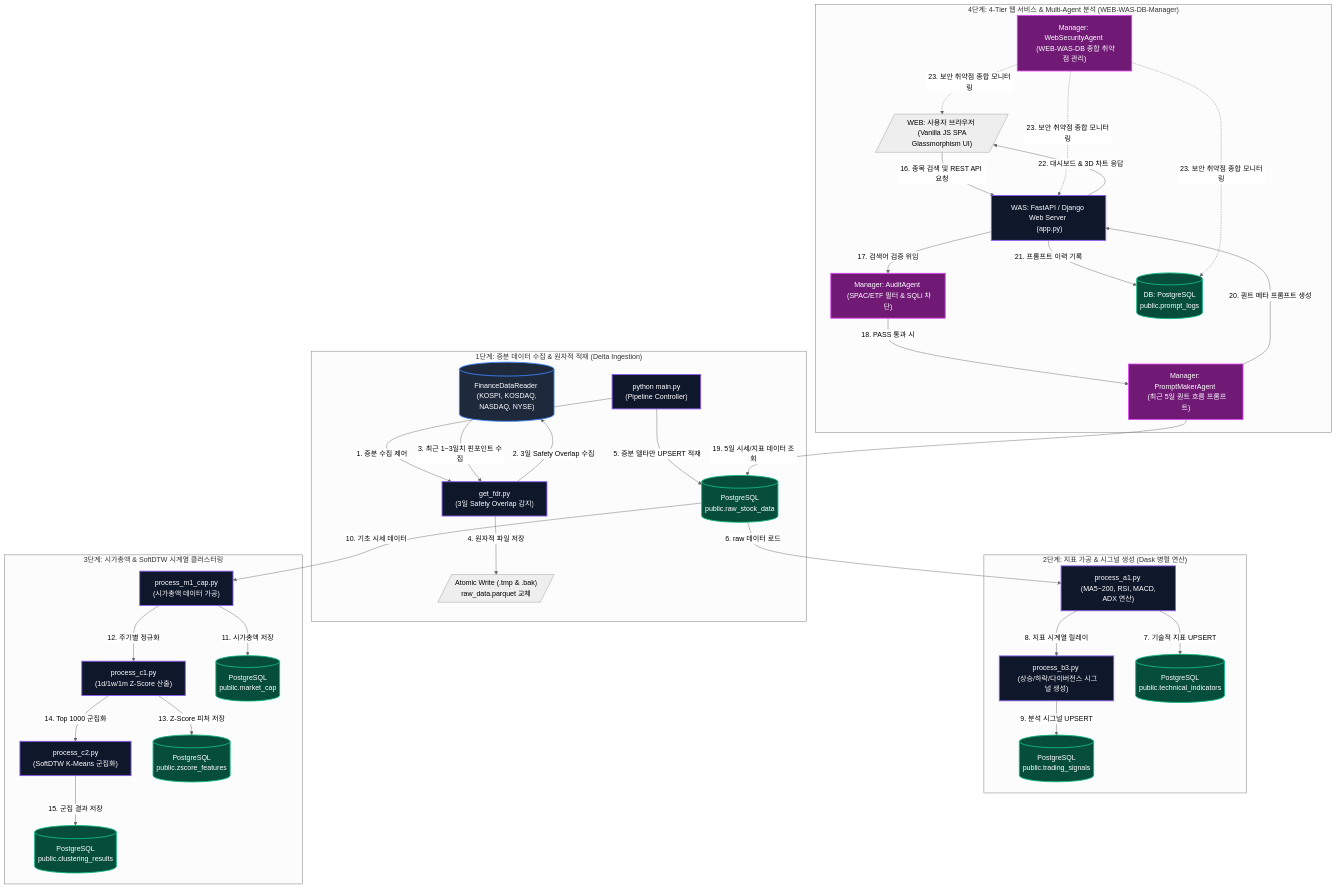
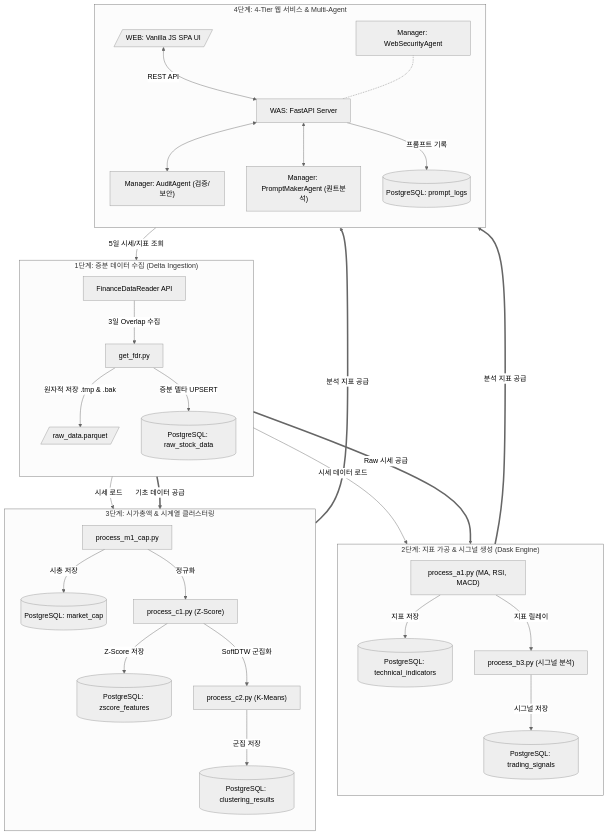
One commit to hugingstar/ggeolmu changed the first of 2 diagrams in README.md. Above: the diagram before and after it, drawn with Mermaid (neutral theme). The commit also changed other lines of this file, not shown here.

Commit message:
docs: README.md 머메이드 파이프라인 흐름도 및 ERD 다이어그램 레이아웃/가독성 최적화

````diff
--- a/README.md
+++ b/README.md
@@ -14,80 +14,46 @@
 ```mermaid
 flowchart TD
-    %% 스타일 정의
-    classDef source fill:#1e293b,stroke:#3b82f6,stroke-width:2px,color:#fff;
-    classDef process fill:#0f172a,stroke:#8b5cf6,stroke-width:2px,color:#fff;
-    classDef storage fill:#064e3b,stroke:#10b981,stroke-width:2px,color:#fff;
-    classDef agent fill:#701a75,stroke:#d946ef,stroke-width:2px,color:#fff;
-
-    %% 1단계: 증분 수집 및 DB 적재
-    subgraph Step1 ["1단계: 증분 데이터 수집 & 원자적 적재 (Delta Ingestion)"]
-        FDR[("FinanceDataReader <br> (KOSPI, KOSDAQ, NASDAQ, NYSE)")]
-        MainPy["python main.py <br> (Pipeline Controller)"]
-        GetFDR["get_fdr.py <br> (3일 Safety Overlap 감지)"]
-        AtomicWrite[/"Atomic Write (.tmp & .bak) <br> raw_data.parquet 교체"/]
-        DB_Raw[("PostgreSQL <br> public.raw_stock_data")]
-        
-        MainPy -->|1. 증분 수집 제어| GetFDR
-        GetFDR -->|2. 3일 Safety Overlap 수집| FDR
-        FDR -->|3. 최근 1~3일치 핀포인트 수집| GetFDR
-        GetFDR -->|4. 원자적 파일 저장| AtomicWrite
-        MainPy -->|5. 증분 델타만 UPSERT 적재| DB_Raw
+    %% 1단계: 증분 수집 및 원자적 적재
+    subgraph Step1 ["1단계: 증분 데이터 수집 (Delta Ingestion)"]
+        direction TB
+        FDR["FinanceDataReader API"] -->|3일 Overlap 수집| GetFDR["get_fdr.py"]
+        GetFDR -->|원자적 저장 .tmp & .bak| RawParquet[/"raw_data.parquet"/]
+        GetFDR -->|증분 델타 UPSERT| DB_Raw[("PostgreSQL: raw_stock_data")]
     end
 
-    %% 2단계: 가공 및 지표 생성
-    subgraph Step2 ["2단계: 지표 가공 & 시그널 생성 (Dask 병렬 연산)"]
-        DaskA1["process_a1.py <br> (MA5~200, RSI, MACD, ADX 연산)"]
-        DaskB1["process_b3.py <br> (상승/하락/다이버전스 시그널 생성)"]
-        DB_Tech[("PostgreSQL <br> public.technical_indicators")]
-        DB_Signal[("PostgreSQL <br> public.trading_signals")]
-        
-        DB_Raw -->|6. raw 데이터 로드| DaskA1
-        DaskA1 -->|7. 기술적 지표 UPSERT| DB_Tech
-        DaskA1 -->|8. 지표 시계열 릴레이| DaskB1
-        DaskB1 -->|9. 분석 시그널 UPSERT| DB_Signal
+    %% 2단계: 기술적 지표 및 시그널 연산
+    subgraph Step2 ["2단계: 지표 가공 & 시그널 생성 (Dask Engine)"]
+        direction TB
+        DB_Raw -->|시세 데이터 로드| ProcessA1["process_a1.py (MA, RSI, MACD)"]
+        ProcessA1 -->|지표 저장| DB_Tech[("PostgreSQL: technical_indicators")]
+        ProcessA1 -->|지표 릴레이| ProcessB3["process_b3.py (시그널 분석)"]
+        ProcessB3 -->|시그널 저장| DB_Signal[("PostgreSQL: trading_signals")]
     end
 
-    %% 3단계: 분석 및 클러스터링
-    subgraph Step3 ["3단계: 시가총액 & SoftDTW 시계열 클러스터링"]
-        M1_Cap["process_m1_cap.py <br> (시가총액 데이터 가공)"]
-        C1_ZScore["process_c1.py <br> (1d/1w/1m Z-Score 산출)"]
-        C2_Clustering["process_c2.py <br> (SoftDTW K-Means 군집화)"]
-        DB_Cap[("PostgreSQL <br> public.market_cap")]
-        DB_ZScore[("PostgreSQL <br> public.zscore_features")]
-        DB_Cluster[("PostgreSQL <br> public.clustering_results")]
-        
-        DB_Raw -->|10. 기초 시세 데이터| M1_Cap
-        M1_Cap -->|11. 시가총액 저장| DB_Cap
-        M1_Cap -->|12. 주기별 정규화| C1_ZScore
-        C1_ZScore -->|13. Z-Score 피처 저장| DB_ZScore
-        C1_ZScore -->|14. Top 1000 군집화| C2_Clustering
-        C2_Clustering -->|15. 군집 결과 저장| DB_Cluster
+    %% 3단계: 시게열 클러스터링
+    subgraph Step3 ["3단계: 시가총액 & 시계열 클러스터링"]
+        direction TB
+        DB_Raw -->|시세 로드| ProcessM1["process_m1_cap.py"]
+        ProcessM1 -->|시총 저장| DB_Cap[("PostgreSQL: market_cap")]
+        ProcessM1 -->|정규화| ProcessC1["process_c1.py (Z-Score)"]
+        ProcessC1 -->|Z-Score 저장| DB_ZScore[("PostgreSQL: zscore_features")]
+        ProcessC1 -->|SoftDTW 군집화| ProcessC2["process_c2.py (K-Means)"]
+        ProcessC2 -->|군집 저장| DB_Cluster[("PostgreSQL: clustering_results")]
     end
 
-    %% 4단계: 4-Tier 웹 서비스 및 에이전트
-    subgraph Step4 ["4단계: 4-Tier 웹 서비스 & Multi-Agent 분석 (WEB-WAS-DB-Manager)"]
-        Browser[/"WEB: 사용자 브라우저 <br> (Vanilla JS SPA Glassmorphism UI)"/]
-        WAS["WAS: FastAPI / Django Web Server <br> (app.py)"]
-        AuditAgent["Manager: AuditAgent <br> (SPAC/ETF 필터 & SQLi 차단)"]
-        PromptAgent["Manager: PromptMakerAgent <br> (최근 5일 퀀트 흐름 프롬프트)"]
-        SecurityAgent["Manager: WebSecurityAgent <br> (WEB-WAS-DB 종합 취약점 관리)"]
-        DB_Logs[("DB: PostgreSQL <br> public.prompt_logs")]
-
-        Browser -->|16. 종목 검색 및 REST API 요청| WAS
-        WAS -->|17. 검색어 검증 위임| AuditAgent
-        AuditAgent -->|18. PASS 통과 시| PromptAgent
-        PromptAgent -->|19. 5일 시세/지표 데이터 조회| DB_Raw
-        PromptAgent -->|20. 퀀트 메타 프롬프트 생성| WAS
-        WAS -->|21. 프롬프트 이력 기록| DB_Logs
-        WAS -->|22. 대시보드 & 3D 차트 응답| Browser
-        SecurityAgent -.->|23. 보안 취약점 종합 모니터링| Browser
-        SecurityAgent -.->|23. 보안 취약점 종합 모니터링| WAS
-        SecurityAgent -.->|23. 보안 취약점 종합 모니터링| DB_Logs
+    %% 4단계: 4-Tier 웹 서비스 & 멀티 에이전트
+    subgraph Step4 ["4단계: 4-Tier 웹 서비스 & Multi-Agent"]
+        direction TB
+        UI[/"WEB: Vanilla JS SPA UI"/] <-->|REST API| WAS["WAS: FastAPI Server"]
+        WAS <--> Audit["Manager: AuditAgent (검증/보안)"]
+        WAS <--> PromptAgent["Manager: PromptMakerAgent (퀀트분석)"]
+        PromptAgent -->|5일 시세/지표 조회| DB_Raw
+        WAS -->|프롬프트 기록| DB_Logs[("PostgreSQL: prompt_logs")]
+        SecAgent["Manager: WebSecurityAgent"] -.- WAS
     end
 
-    %% 클래스 지정
-    class FDR source;
-    class MainPy,GetFDR,DaskA1,DaskB1,M1_Cap,C1_ZScore,C2_Clustering,WAS process;
-    class DB_Raw,DB_Tech,DB_Signal,DB_Cap,DB_ZScore,DB_Cluster,DB_Logs storage;
-    class AuditAgent,PromptAgent,SecurityAgent agent;
+    %% 파이프라인 모듈 간 메인 연계선
+    Step1 ==>|Raw 시세 공급| Step2
+    Step1 ==>|기초 데이터 공급| Step3
+    Step2 & Step3 ==>|분석 지표 공급| Step4
 ```
````
